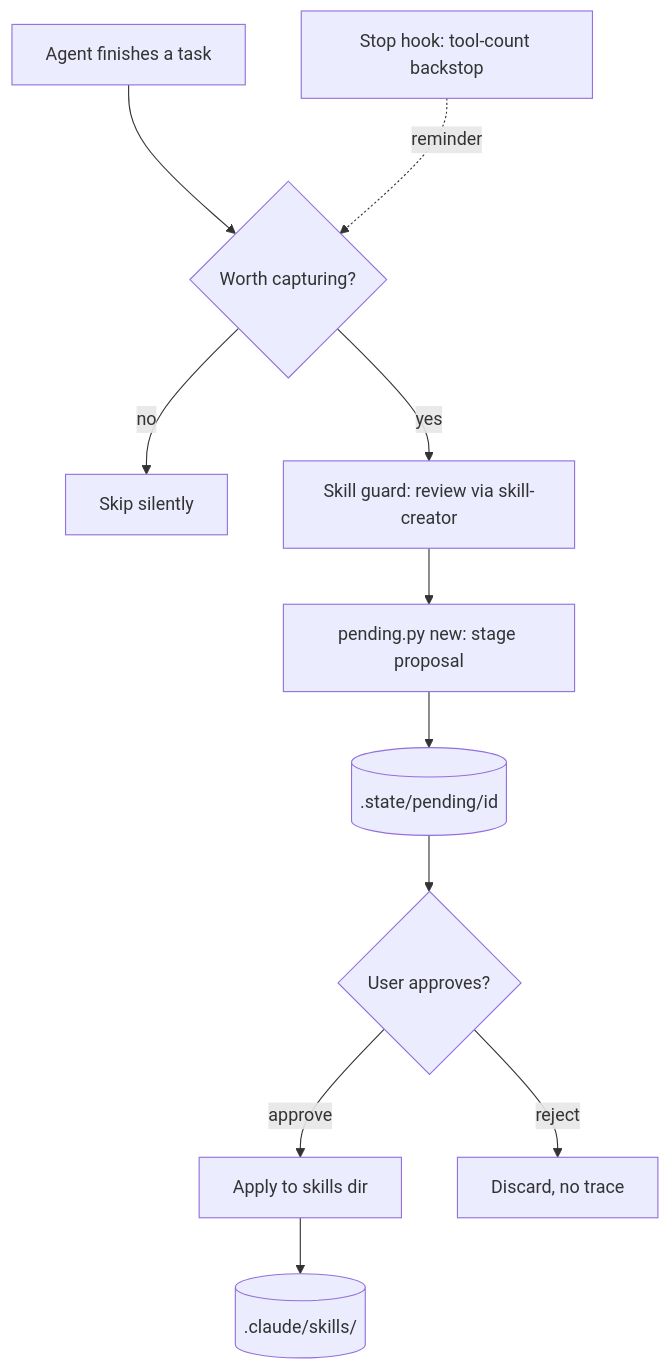
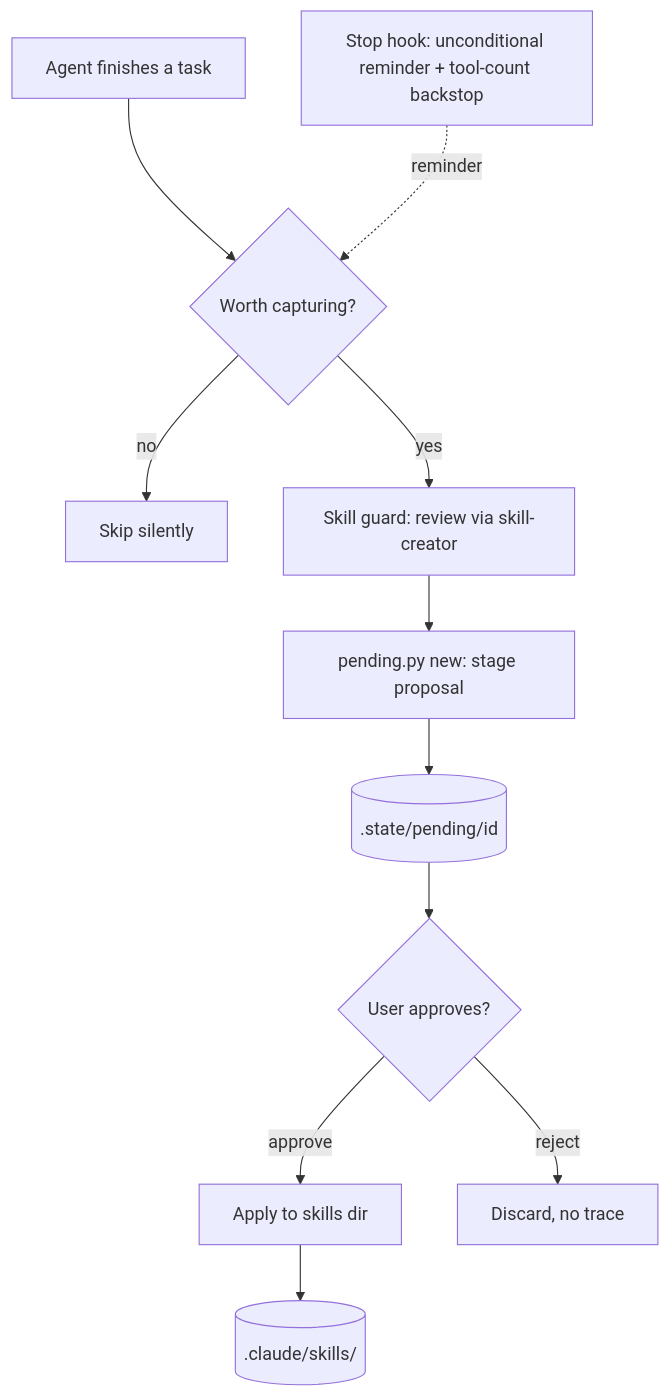
The diagram in README.md (wagner-sousa/autodidact), drawn with Mermaid before and after one commit. The commit also changed 3 other files, not shown here.

First line of the commit message:
Add unconditional skill-capture reminder to Stop hook

````diff
--- a/README.md
+++ b/README.md
@@ -209,13 +209,13 @@
 ```mermaid
 graph TB
     Task[Agent finishes a task] --> Judge{Worth capturing?}
-    Hook[Stop hook: tool-count backstop] -.reminder.-> Judge
+    Hook[Stop hook: unconditional reminder + tool-count backstop] -.reminder.-> Judge
     Judge -- no --> Skip[Skip silently]
     Judge -- yes --> Guard[Skill guard: review via skill-creator]
     Guard --> Stage[pending.py new: stage proposal]
     Stage --> Queue[(.state/pending/id)]
     Queue --> Review{User approves?}
     Review -- approve <id> --> Apply[Apply to skills dir]
     Review -- reject <id> --> Discard[Discard, no trace]
     Apply --> Skills[(.claude/skills/)]
 ```
````
